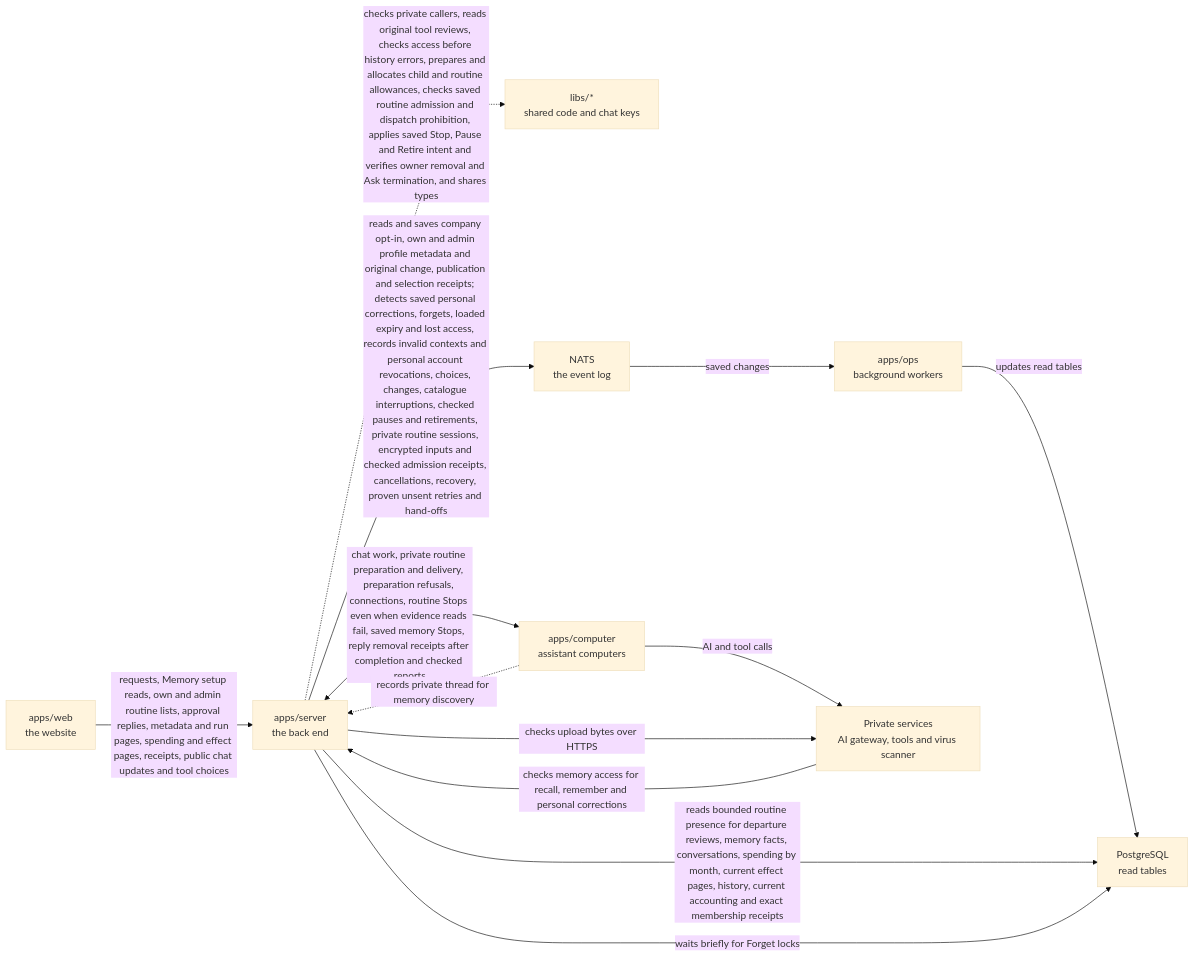
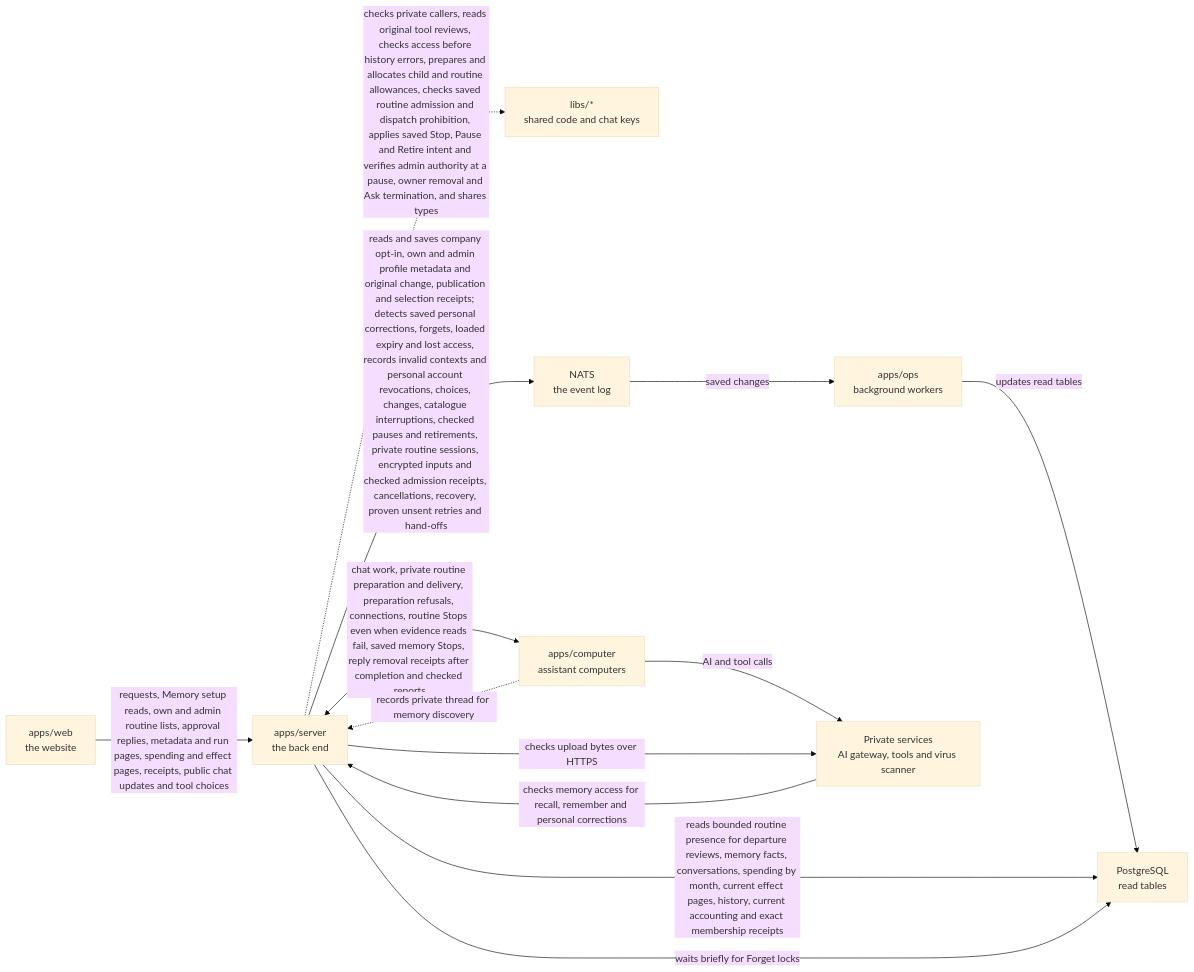
The diagram in apps/server/README.md (elewa-git/opencrane-new), drawn with Mermaid (base theme) before and after one commit. The commit also changed other lines of this file and 16 other files, not shown here.

First line of the commit message:
⏸️ A current admin can pause unsafe routine work, and removed admins are always refused (#814)

````diff
--- a/apps/server/README.md
+++ b/apps/server/README.md
@@ -143,15 +147,15 @@
 ```mermaid
 flowchart LR
   web["apps/web<br/>the website"] -->|requests, Memory setup reads, own and admin routine lists, approval replies, metadata and run pages, spending and effect pages, receipts, public chat updates and tool choices| server["apps/server<br/>the back end"]
-  server -.->|checks private callers, reads original tool reviews, checks access before history errors, prepares and allocates child and routine allowances, checks saved routine admission and dispatch prohibition, applies saved Stop, Pause and Retire intent and verifies owner removal and Ask termination, and shares types| libs["libs/*<br/>shared code and chat keys"]
+  server -.->|checks private callers, reads original tool reviews, checks access before history errors, prepares and allocates child and routine allowances, checks saved routine admission and dispatch prohibition, applies saved Stop, Pause and Retire intent and verifies admin authority at a pause, owner removal and Ask termination, and shares types| libs["libs/*<br/>shared code and chat keys"]
   server -->|reads and saves company opt-in, own and admin profile metadata and original change, publication and selection receipts; detects saved personal corrections, forgets, loaded expiry and lost access, records invalid contexts and personal account revocations, choices, changes, catalogue interruptions, checked pauses and retirements, private routine sessions, encrypted inputs and checked admission receipts, cancellations, recovery, proven unsent retries and hand-offs| nats["NATS<br/>the event log"]
   nats -->|saved changes| ops["apps/ops<br/>background workers"]
   ops -->|updates read tables| postgres["PostgreSQL<br/>read tables"]
   server -->|reads bounded routine presence for departure reviews, memory facts, conversations, spending by month, current effect pages, history, current accounting and exact membership receipts| postgres
   server -->|waits briefly for Forget locks| postgres
   server <-->|chat work, private routine preparation and delivery, preparation refusals, connections, routine Stops even when evidence reads fail, saved memory Stops, reply removal receipts after completion and checked reports| computer["apps/computer<br/>assistant computers"]
   computer -.->|records private thread for memory discovery| server
   computer -->|AI and tool calls| runtime["Private services<br/>AI gateway, tools and virus scanner"]
   server -->|checks upload bytes over HTTPS| runtime
   runtime -->|checks memory access for recall, remember and personal corrections| server
 ```
````
